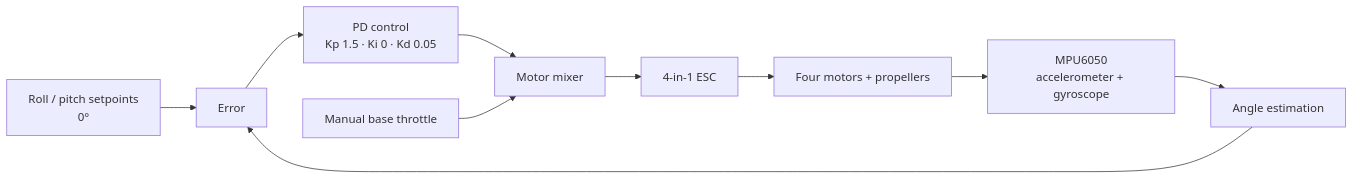
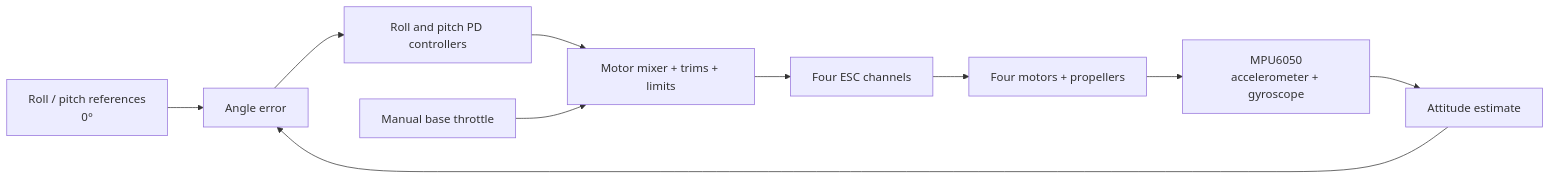
Before and after one commit to Nexus-Systems-Lab/CSE-Drone-Project: the diagram in README.md, drawn with Mermaid. The commit also changed other lines of this file and 7 other files, not shown here.

````diff
--- a/README.md
+++ b/README.md
@@ -27,12 +41,12 @@
 ```mermaid
 flowchart LR
-    S["Roll / pitch setpoints<br/>0°"] --> E["Error"]
-    I["MPU6050<br/>accelerometer + gyroscope"] --> F["Angle estimation"]
-    F --> E
-    E --> C["PD control<br/>Kp 1.5 · Ki 0 · Kd 0.05"]
-    C --> M["Motor mixer"]
+    R["Roll / pitch references<br/>0°"] --> E["Angle error"]
+    I["MPU6050<br/>accelerometer + gyroscope"] --> A["Attitude estimate"]
+    A --> E
+    E --> C["Roll and pitch PD controllers"]
+    C --> M["Motor mixer + trims + limits"]
     T["Manual base throttle"] --> M
-    M --> X["4-in-1 ESC"]
+    M --> X["Four ESC channels"]
     X --> P["Four motors + propellers"]
     P --> I
 ```
````
